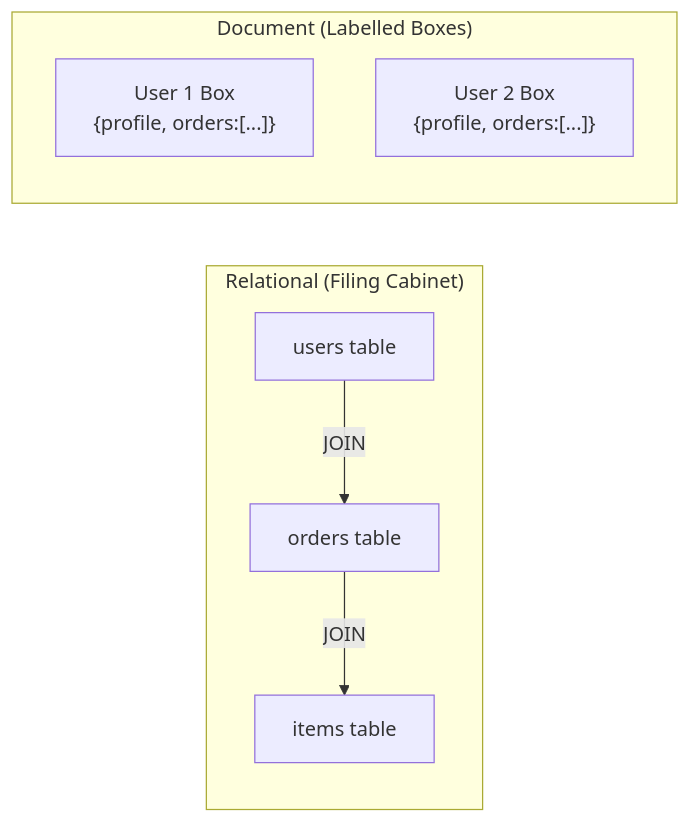
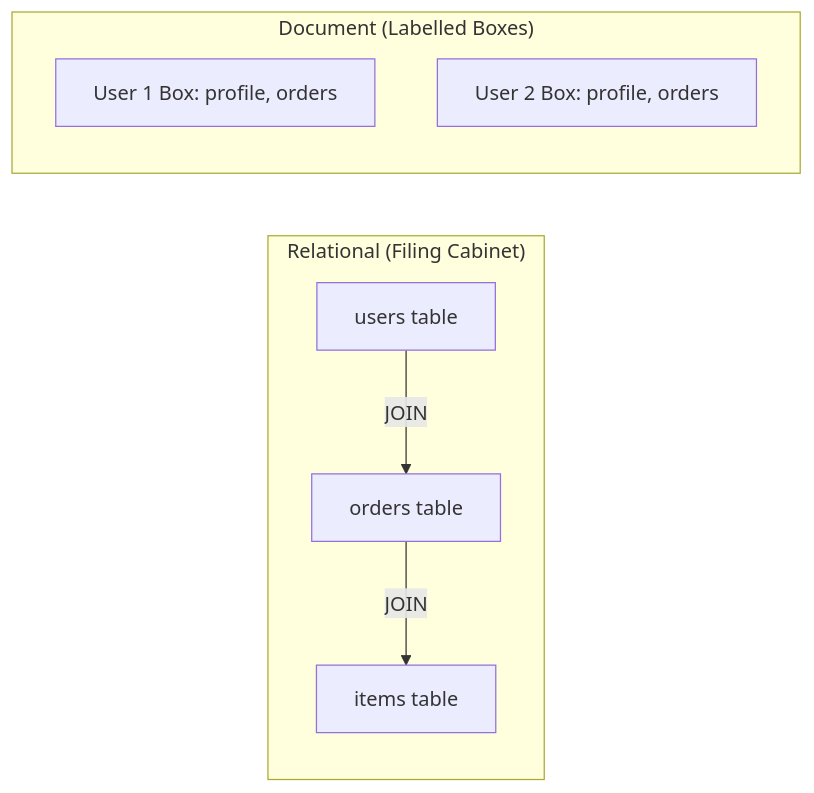
The second of 8 diagrams in content/blog/sql-vs-nosql-a-senior-engineers-guide.md (Shivanshu27/my-personal-website), drawn with Mermaid before and after one commit. The commit also changed other lines of this file and 4 other files, not shown here.

Commit message:
Fix Mermaid rendering, add single.html layout, and ensure latest posts sort by date

````diff
--- a/content/blog/sql-vs-nosql-a-senior-engineers-guide.md
+++ b/content/blog/sql-vs-nosql-a-senior-engineers-guide.md
@@ -50,11 +48,11 @@
 ```mermaid
 flowchart LR
   subgraph Relational["Relational (Filing Cabinet)"]
     U["users table"] -->|"JOIN"| O["orders table"]
     O -->|"JOIN"| I["items table"]
   end
   subgraph Document["Document (Labelled Boxes)"]
-    B1["User 1 Box<br/>{profile, orders:[...]}"]
-    B2["User 2 Box<br/>{profile, orders:[...]}"]
+    B1["User 1 Box: profile, orders"]
+    B2["User 2 Box: profile, orders"]
   end
 ```
````
